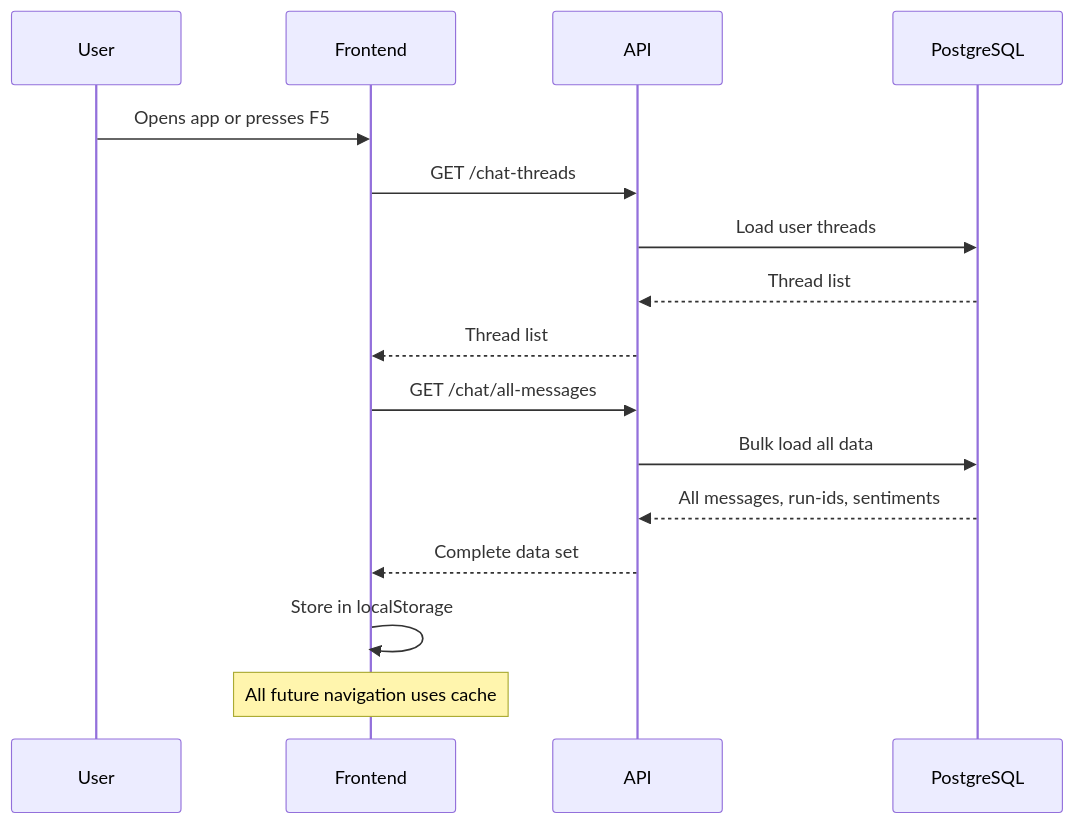
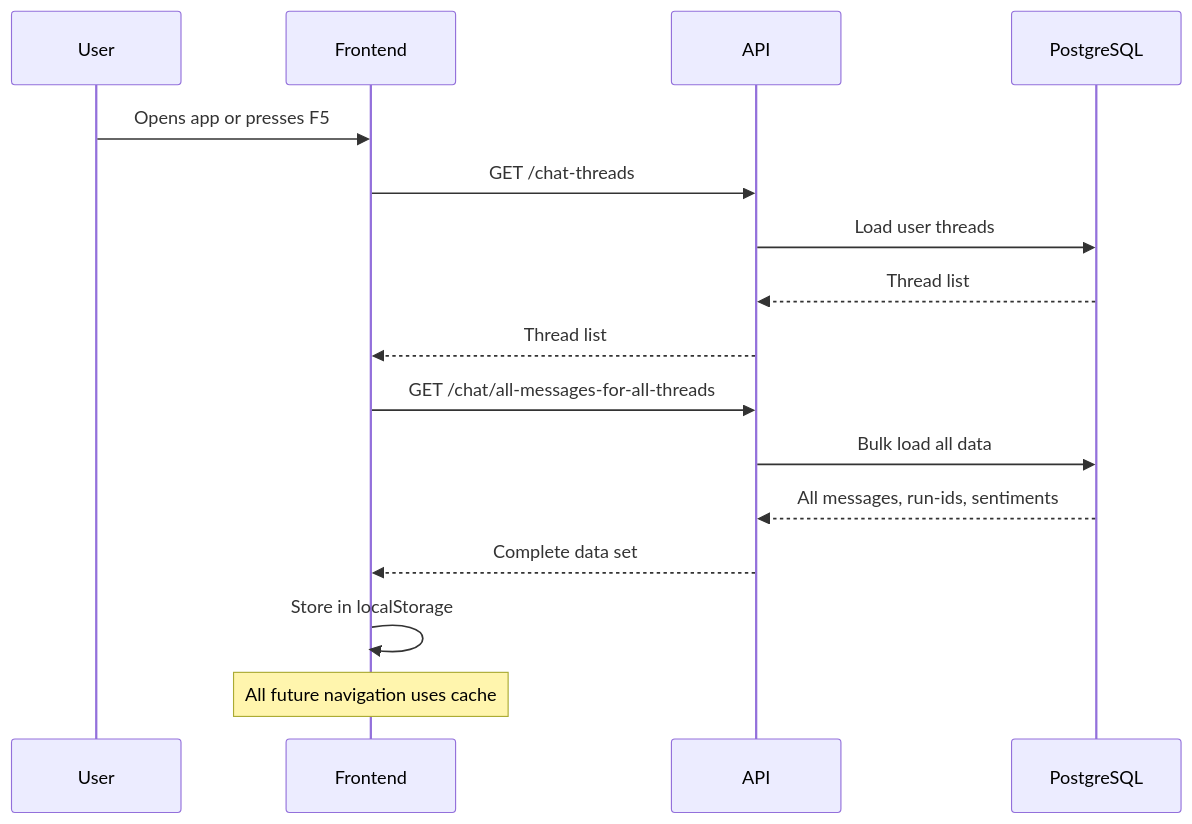
Before and after one commit to michaelmiscanuk/czsu-multi-agent-text-to-sql: the first of 2 diagrams in other/markdown_explanations/BULK_CHAT_LOADING.md, drawn with Mermaid. The commit also changed other lines of this file and 18 other files, not shown here.

Commit message:
141 Separating chat messages andpoints - for one thread and for all threads; after analysis, getting mesages from endpoint and database, not objects passed in app; other cleanups

````diff
--- a/other/markdown_explanations/BULK_CHAT_LOADING.md
+++ b/other/markdown_explanations/BULK_CHAT_LOADING.md
@@ -105,19 +105,19 @@
 ```mermaid
 sequenceDiagram
     participant User
     participant Frontend  
     participant API
     participant PostgreSQL
     
     User->>Frontend: Opens app or presses F5
     Frontend->>API: GET /chat-threads
     API->>PostgreSQL: Load user threads
     PostgreSQL-->>API: Thread list
     API-->>Frontend: Thread list
-    Frontend->>API: GET /chat/all-messages
+    Frontend->>API: GET /chat/all-messages-for-all-threads
     API->>PostgreSQL: Bulk load all data
     PostgreSQL-->>API: All messages, run-ids, sentiments
     API-->>Frontend: Complete data set
     Frontend->>Frontend: Store in localStorage
     Note over Frontend: All future navigation uses cache
 ```
````
